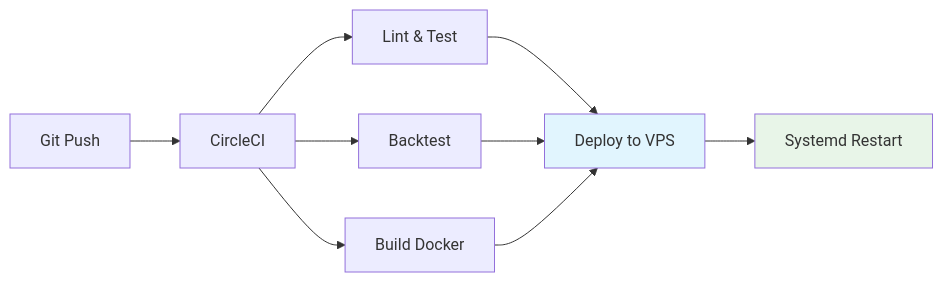
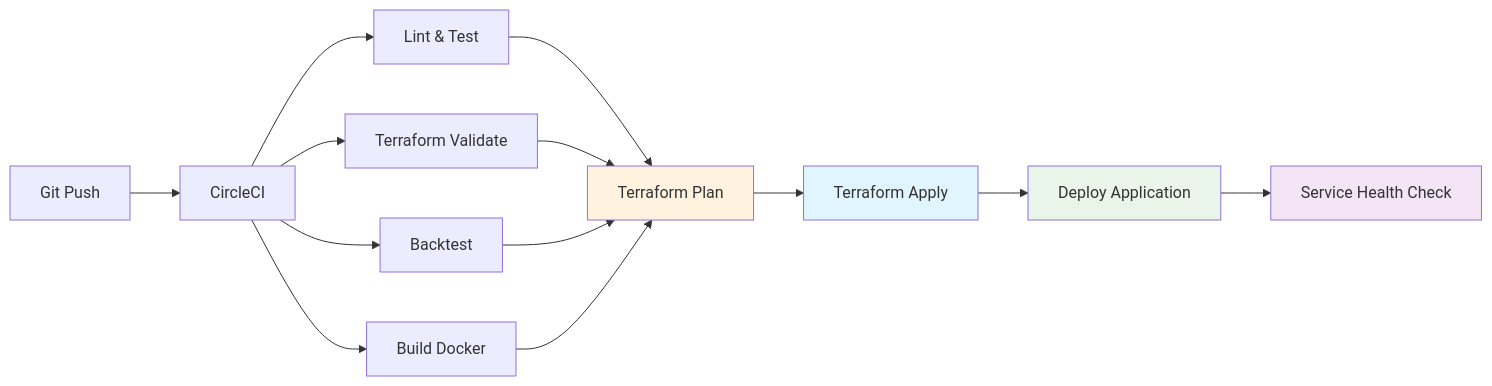
The sixth of 8 diagrams in readme.md (solid-computing/AI-Trading), drawn with Mermaid before and after one commit. The commit also changed other lines of this file and 16 other files, not shown here.

````diff
--- a/readme.md
+++ b/readme.md
@@ -113,14 +123,22 @@
 ```mermaid
 graph LR
     A[Git Push] --> B[CircleCI]
     B --> C[Lint & Test]
-    B --> D[Backtest]
-    B --> E[Build Docker]
-    C --> F[Deploy to VPS]
-    D --> F
-    E --> F
-    F --> G[Systemd Restart]
+    B --> D[Terraform Validate]
+    B --> E[Backtest]
+    B --> F[Build Docker]
     
-    style F fill:#e1f5fe
-    style G fill:#e8f5e8
+    C --> G[Terraform Plan]
+    D --> G
+    E --> G
+    F --> G
+    
+    G --> H[Terraform Apply]
+    H --> I[Deploy Application]
+    I --> J[Service Health Check]
+    
+    style G fill:#fff3e0
+    style H fill:#e1f5fe
+    style I fill:#e8f5e8
+    style J fill:#f3e5f5
 ```
````
